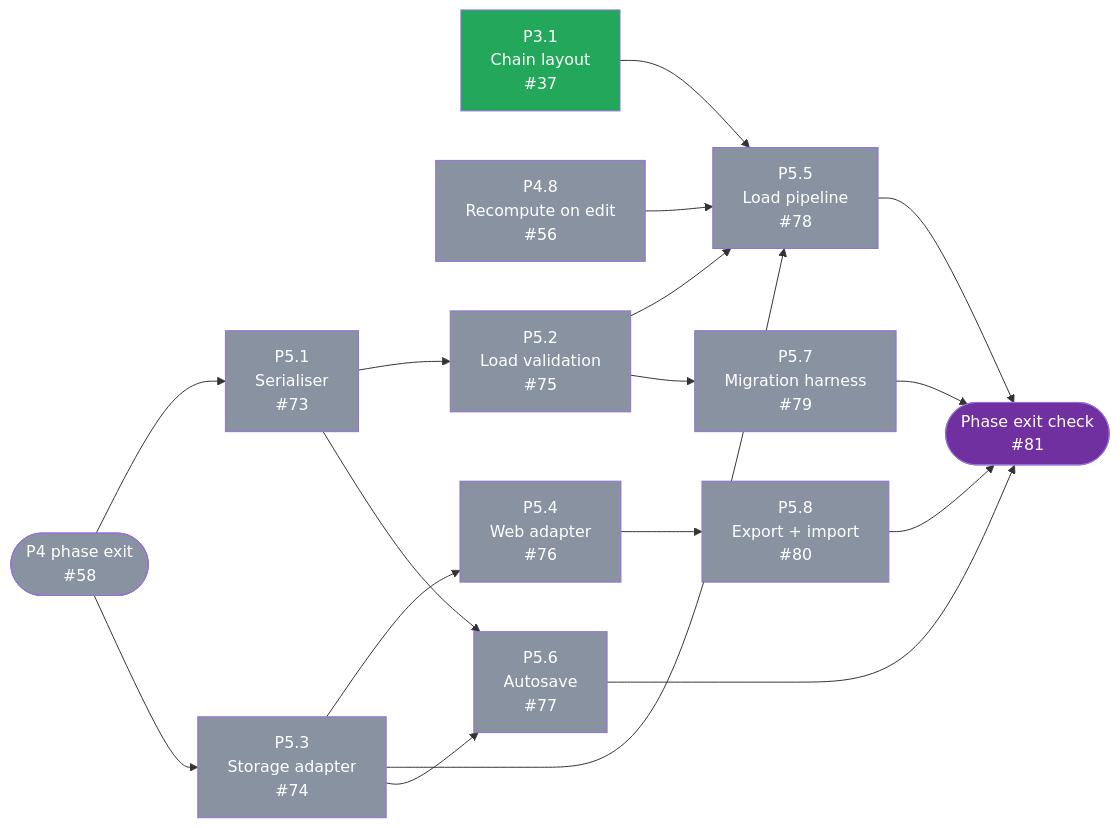
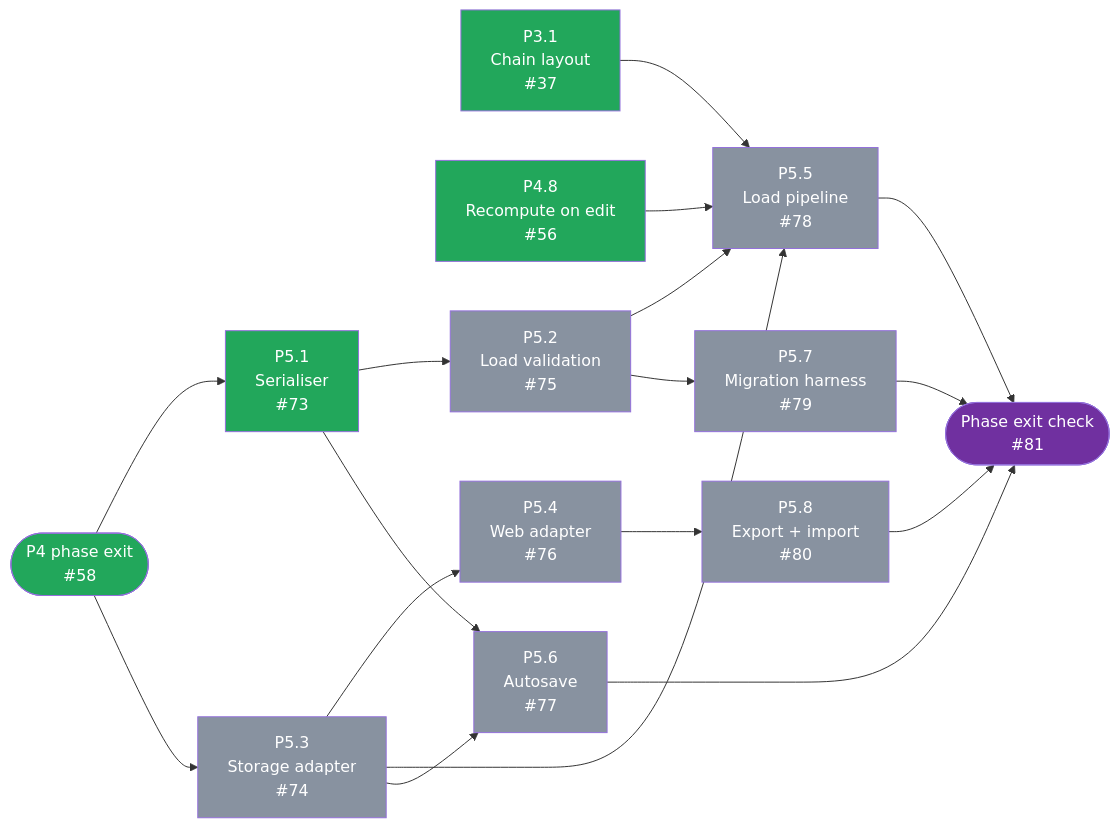
The fourth of 5 diagrams in docs/DEVELOPMENT_PLAN.md (tousifosman/CalcMind), drawn with Mermaid before and after one commit. The commit also changed other lines of this file and 5 other files, not shown here.

````diff
--- a/docs/DEVELOPMENT_PLAN.md
+++ b/docs/DEVELOPMENT_PLAN.md
@@ -726,45 +726,45 @@
 ```mermaid
 flowchart LR
     P4EXIT(["P4 phase exit<br/>#58"])
     P31["P3.1<br/>Chain layout<br/>#37"]
     P48["P4.8<br/>Recompute on edit<br/>#56"]
     P51["P5.1<br/>Serialiser<br/>#73"]
     P52["P5.2<br/>Load validation<br/>#75"]
     P53["P5.3<br/>Storage adapter<br/>#74"]
     P54["P5.4<br/>Web adapter<br/>#76"]
     P55["P5.5<br/>Load pipeline<br/>#78"]
     P56["P5.6<br/>Autosave<br/>#77"]
     P57["P5.7<br/>Migration harness<br/>#79"]
     P58["P5.8<br/>Export + import<br/>#80"]
     EXIT(["Phase exit check<br/>#81"])
 
     P4EXIT --> P51
     P4EXIT --> P53
     P51 --> P52
     P53 --> P54
     P52 --> P55
     P53 --> P55
     P31 --> P55
     P48 --> P55
     P51 --> P56
     P53 --> P56
     P52 --> P57
     P54 --> P58
     P55 --> EXIT
     P56 --> EXIT
     P57 --> EXIT
     P58 --> EXIT
 
-    style P4EXIT fill:#8892A0,color:#fff
+    style P4EXIT fill:#22A75B,color:#fff
     style P31 fill:#22A75B,color:#fff
-    style P48 fill:#8892A0,color:#fff
-    style P51 fill:#8892A0,color:#fff
+    style P48 fill:#22A75B,color:#fff
+    style P51 fill:#22A75B,color:#fff
     style P52 fill:#8892A0,color:#fff
     style P53 fill:#8892A0,color:#fff
     style P54 fill:#8892A0,color:#fff
     style P55 fill:#8892A0,color:#fff
     style P56 fill:#8892A0,color:#fff
     style P57 fill:#8892A0,color:#fff
     style P58 fill:#8892A0,color:#fff
     style EXIT fill:#7030A0,color:#fff
 ```
````
